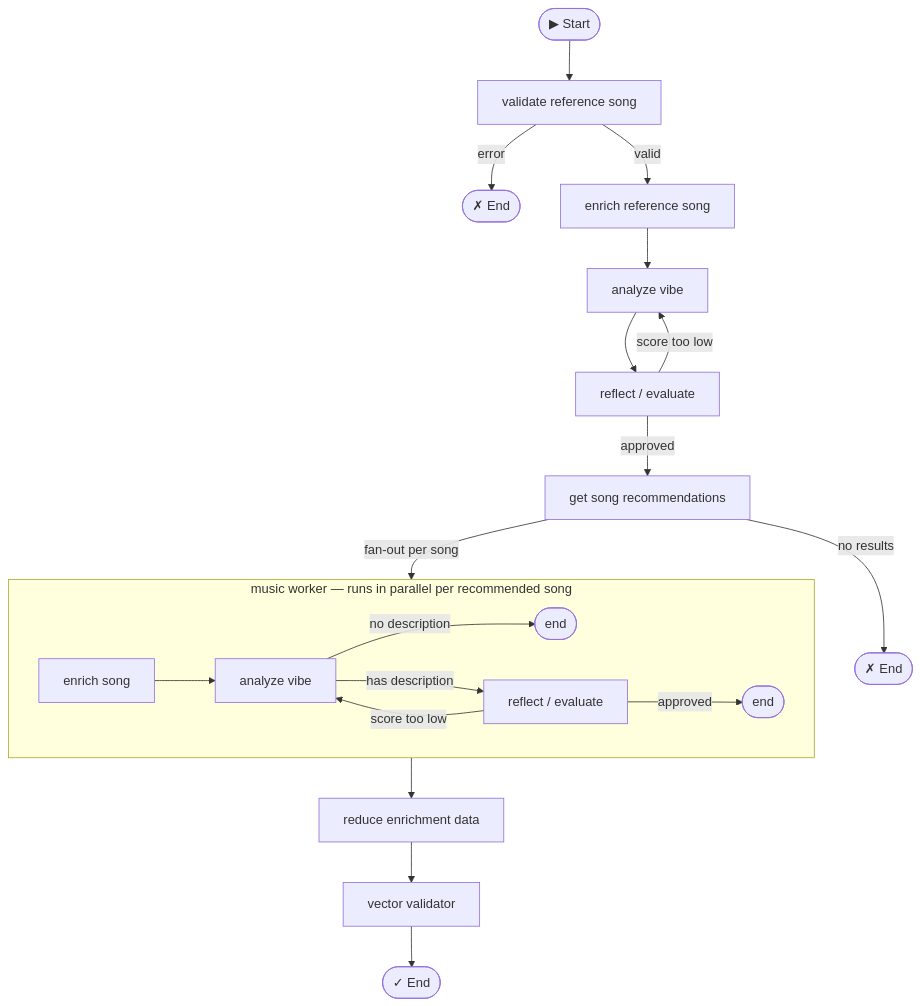
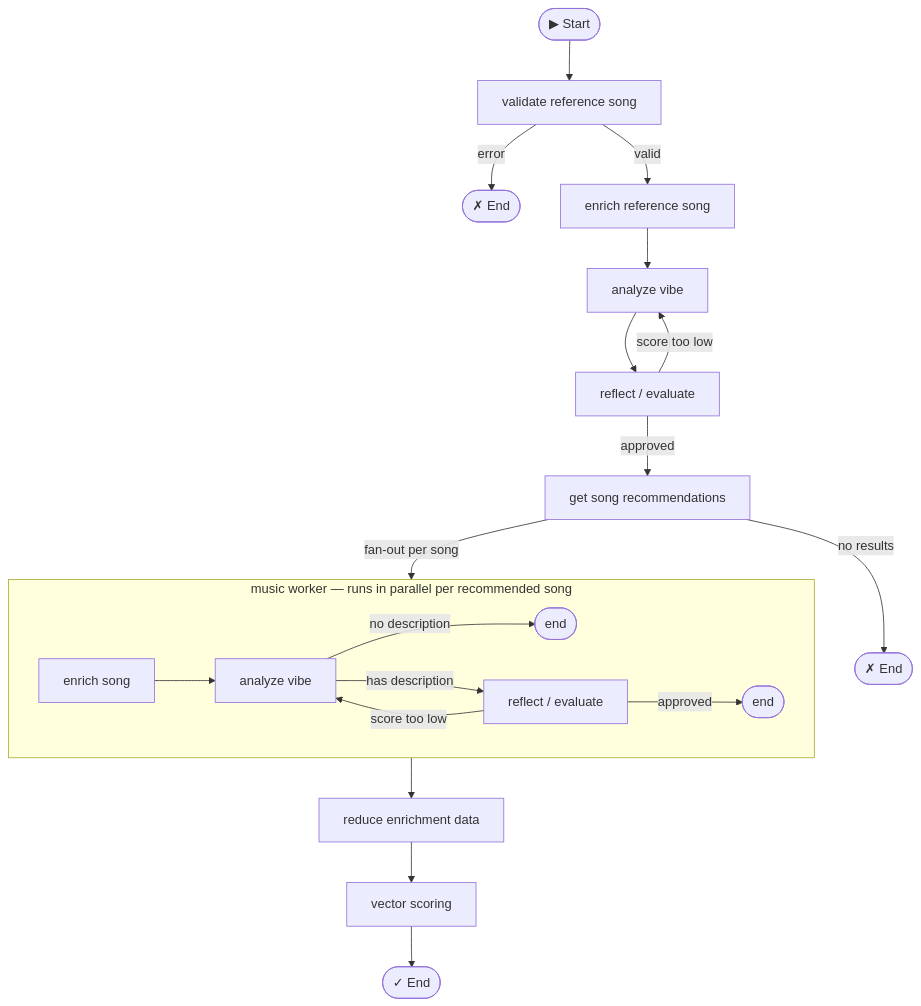
The diagram in README.md (madibary/song_vibe_radar), drawn with Mermaid before and after one commit. The commit also changed other lines of this file, not shown here.

````diff
--- a/README.md
+++ b/README.md
@@ -95,24 +98,24 @@
 ```mermaid
 flowchart TD
     START([▶ Start]) --> validate[validate reference song]
     validate -->|error| END1([✗ End])
     validate -->|valid| enrich[enrich reference song]
     enrich --> vibe[analyze vibe]
     vibe --> reflect[reflect / evaluate]
     reflect -->|score too low| vibe
     reflect -->|approved| recommend[get song recommendations]
     recommend -->|no results| END2([✗ End])
     recommend -->|fan-out per song| worker
 
     subgraph worker [music worker — runs in parallel per recommended song]
         w_enrich[enrich song] --> w_vibe[analyze vibe]
         w_vibe -->|no description| WEND1([end])
         w_vibe -->|has description| w_reflect[reflect / evaluate]
         w_reflect -->|approved| WEND2([end])
         w_reflect -->|score too low| w_vibe
     end
 
     worker --> reduce[reduce enrichment data]
-    reduce --> vectors[vector validator]
+    reduce --> vectors[vector scoring]
     vectors --> END3([✓ End])
 ```
````
